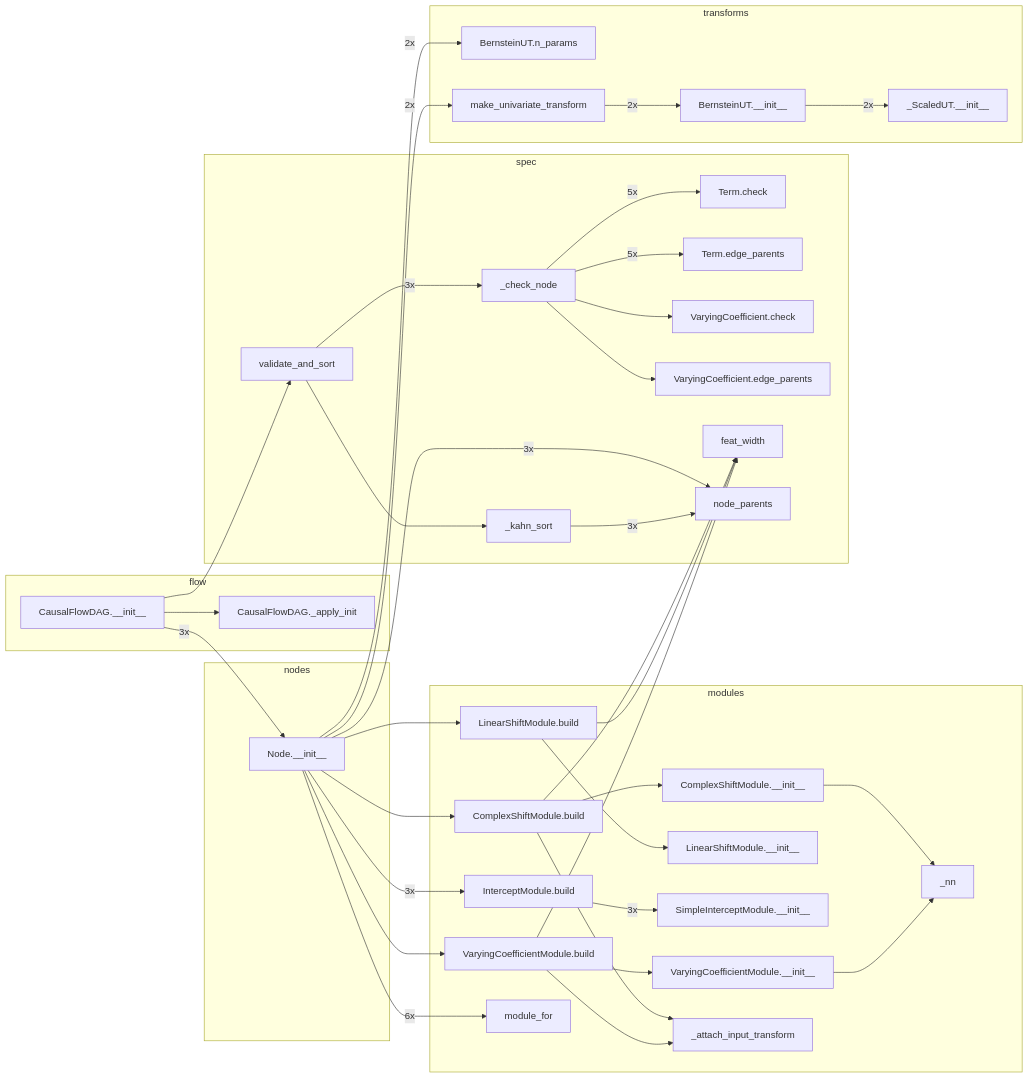
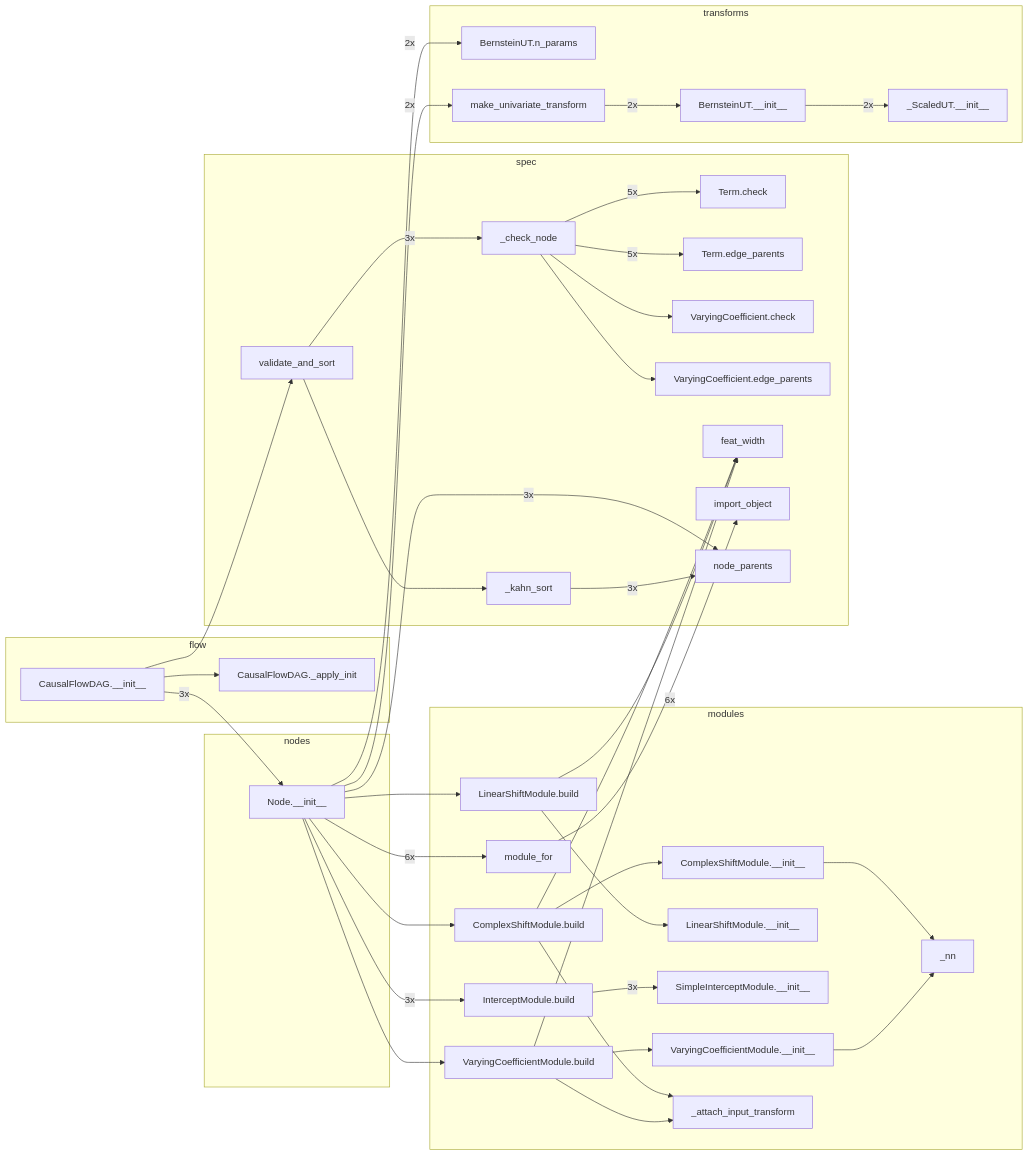
Before and after one commit to tensorchiefs/tramdag: the fifth of 6 diagrams in docs/architecture.md, drawn with Mermaid. The commit also changed other lines of this file and 6 other files, not shown here.

First line of the commit message:
refactor!: a term names its module by import path; no registration stamp

````diff
--- a/docs/architecture.md
+++ b/docs/architecture.md
@@ -303,71 +298,73 @@
 ```mermaid
 flowchart LR
   subgraph flow
     n0["CausalFlowDAG.__init__"]
     n1["CausalFlowDAG._apply_init"]
   end
   subgraph modules
     n4["ComplexShiftModule.__init__"]
     n6["ComplexShiftModule.build"]
     n9["InterceptModule.build"]
     n12["LinearShiftModule.__init__"]
     n11["LinearShiftModule.build"]
     n10["SimpleInterceptModule.__init__"]
     n13["VaryingCoefficientModule.__init__"]
     n14["VaryingCoefficientModule.build"]
     n7["_attach_input_transform"]
     n5["_nn"]
     n15["module_for"]
   end
   subgraph nodes
     n2["Node.__init__"]
   end
   subgraph spec
-    n20["Term.check"]
-    n21["Term.edge_parents"]
-    n22["VaryingCoefficient.check"]
-    n23["VaryingCoefficient.edge_parents"]
-    n19["_check_node"]
-    n24["_kahn_sort"]
+    n21["Term.check"]
+    n22["Term.edge_parents"]
+    n23["VaryingCoefficient.check"]
+    n24["VaryingCoefficient.edge_parents"]
+    n20["_check_node"]
+    n25["_kahn_sort"]
     n8["feat_width"]
-    n16["node_parents"]
+    n16["import_object"]
+    n17["node_parents"]
     n3["validate_and_sort"]
   end
   subgraph transforms
-    n25["BernsteinUT.__init__"]
-    n17["BernsteinUT.n_params"]
-    n26["_ScaledUT.__init__"]
-    n18["make_univariate_transform"]
+    n26["BernsteinUT.__init__"]
+    n18["BernsteinUT.n_params"]
+    n27["_ScaledUT.__init__"]
+    n19["make_univariate_transform"]
   end
     n0 --> n1
     n0 -- "3x" --> n2
     n0 --> n3
     n4 --> n5
     n6 --> n4
     n6 --> n7
     n6 --> n8
     n9 -- "3x" --> n10
     n11 --> n12
     n11 --> n8
     n13 --> n5
     n14 --> n13
     n14 --> n7
     n14 --> n8
+    n15 -- "6x" --> n16
     n2 --> n6
     n2 -- "3x" --> n9
     n2 --> n11
     n2 --> n14
     n2 -- "6x" --> n15
-    n2 -- "3x" --> n16
-    n2 -- "2x" --> n17
+    n2 -- "3x" --> n17
     n2 -- "2x" --> n18
-    n19 -- "5x" --> n20
-    n19 -- "5x" --> n21
-    n19 --> n22
-    n19 --> n23
-    n24 -- "3x" --> n16
-    n3 -- "3x" --> n19
-    n3 --> n24
-    n25 -- "2x" --> n26
-    n18 -- "2x" --> n25
+    n2 -- "2x" --> n19
+    n20 -- "5x" --> n21
+    n20 -- "5x" --> n22
+    n20 --> n23
+    n20 --> n24
+    n25 -- "3x" --> n17
+    n3 -- "3x" --> n20
+    n3 --> n25
+    n26 -- "2x" --> n27
+    n19 -- "2x" --> n26
 ```
````
